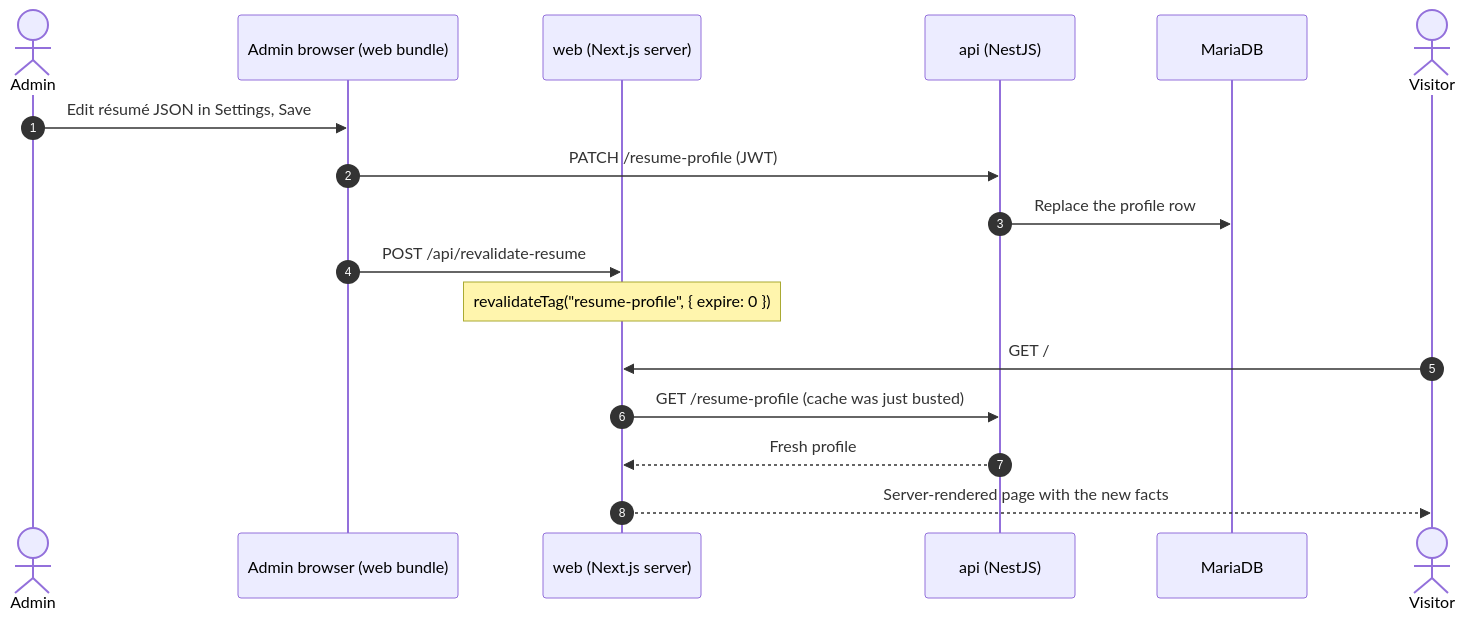
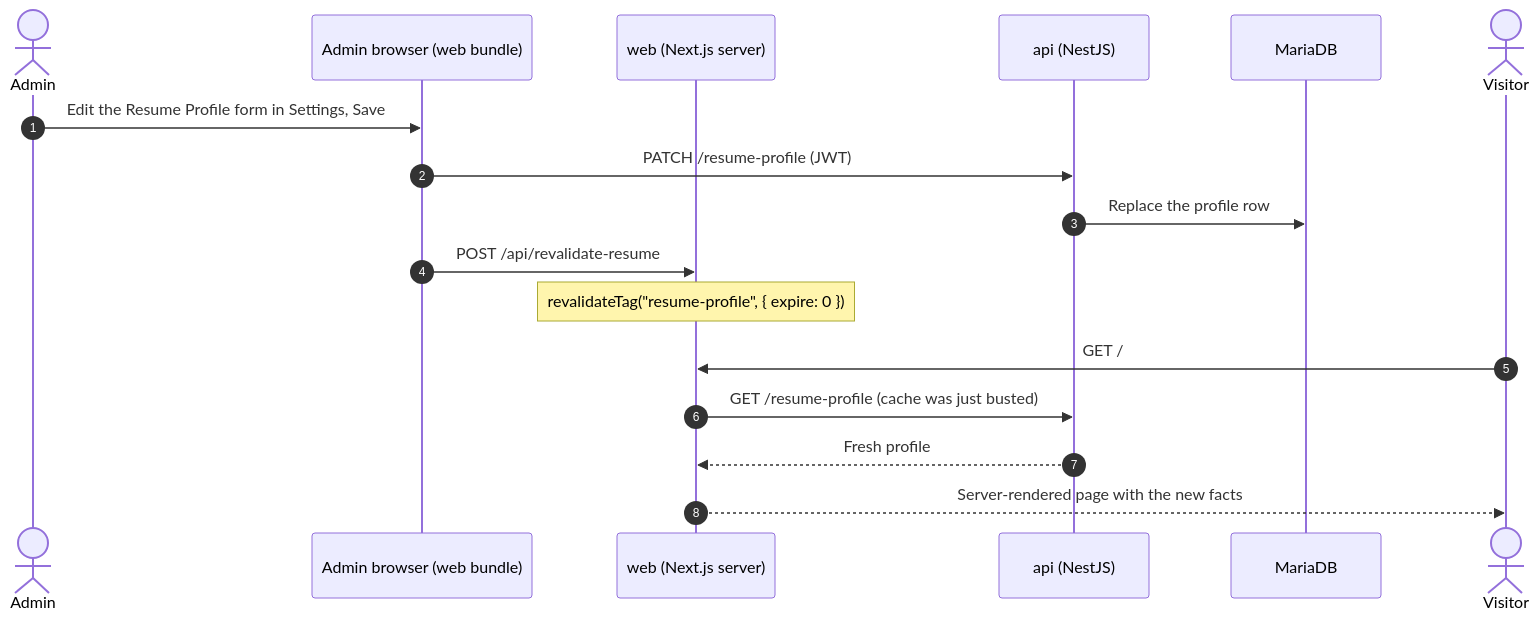
One commit to armgalison/alisonrafael.me changed the second of 2 diagrams in README.md. Above: the diagram before and after it, drawn with Mermaid. The commit also changed other lines of this file and 19 other files, not shown here.

First line of the commit message:
Admin Panel: grouped sidebar nav and a structured Resume Profile form

````diff
--- a/README.md
+++ b/README.md
@@ -173,20 +175,20 @@
 ```mermaid
 sequenceDiagram
   autonumber
   actor Admin
   participant Web as Admin browser (web bundle)
   participant Next as web (Next.js server)
   participant API as api (NestJS)
   participant DB as MariaDB
   actor Visitor
 
-  Admin->>Web: Edit résumé JSON in Settings, Save
+  Admin->>Web: Edit the Resume Profile form in Settings, Save
   Web->>API: PATCH /resume-profile (JWT)
   API->>DB: Replace the profile row
   Web->>Next: POST /api/revalidate-resume
   Note over Next: revalidateTag("resume-profile", { expire: 0 })
   Visitor->>Next: GET /
   Next->>API: GET /resume-profile (cache was just busted)
   API-->>Next: Fresh profile
   Next-->>Visitor: Server-rendered page with the new facts
 ```
````
